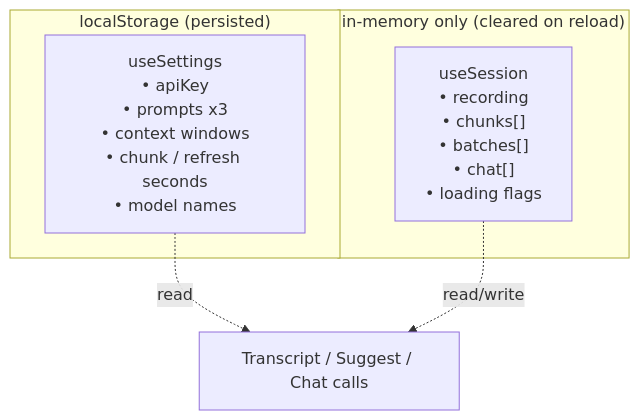
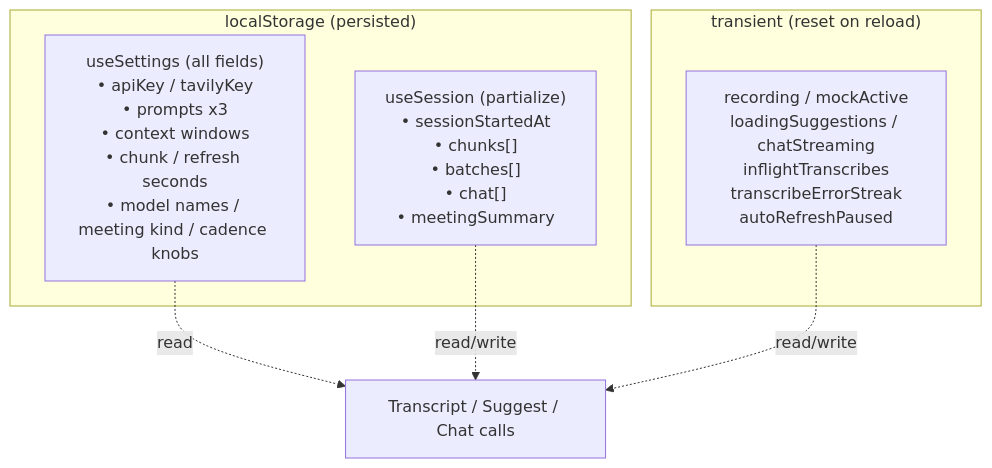
The fifth of 6 diagrams in DESIGN.md (suhaasteja/twinmind-assesment), drawn with Mermaid before and after one commit. The commit also changed other lines of this file and 10 other files, not shown here.

````diff
--- a/DESIGN.md
+++ b/DESIGN.md
@@ -176,11 +176,13 @@
 ```mermaid
 flowchart TB
   subgraph LS["localStorage (persisted)"]
-    Settings["useSettings<br/>• apiKey<br/>• prompts x3<br/>• context windows<br/>• chunk / refresh seconds<br/>• model names"]
+    Settings["useSettings (all fields)<br/>• apiKey / tavilyKey<br/>• prompts x3<br/>• context windows<br/>• chunk / refresh seconds<br/>• model names / meeting kind / cadence knobs"]
+    SessionPersist["useSession (partialize)<br/>• sessionStartedAt<br/>• chunks[]<br/>• batches[]<br/>• chat[]<br/>• meetingSummary"]
   end
-  subgraph Mem["in-memory only (cleared on reload)"]
-    Session["useSession<br/>• recording<br/>• chunks[]<br/>• batches[]<br/>• chat[]<br/>• loading flags"]
+  subgraph Mem["transient (reset on reload)"]
+    Transient["recording / mockActive<br/>loadingSuggestions / chatStreaming<br/>inflightTranscribes<br/>transcribeErrorStreak<br/>autoRefreshPaused"]
   end
   Settings -.read.-> A["Transcript / Suggest / Chat calls"]
-  Session -.read/write.-> A
+  SessionPersist -.read/write.-> A
+  Transient -.read/write.-> A
 ```
````
